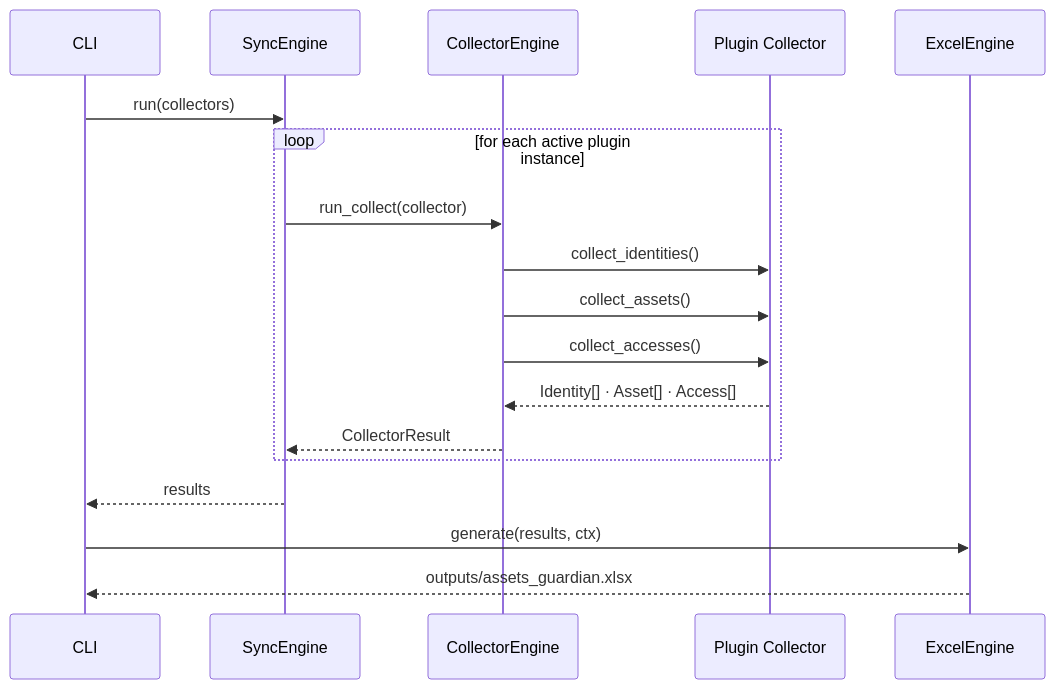
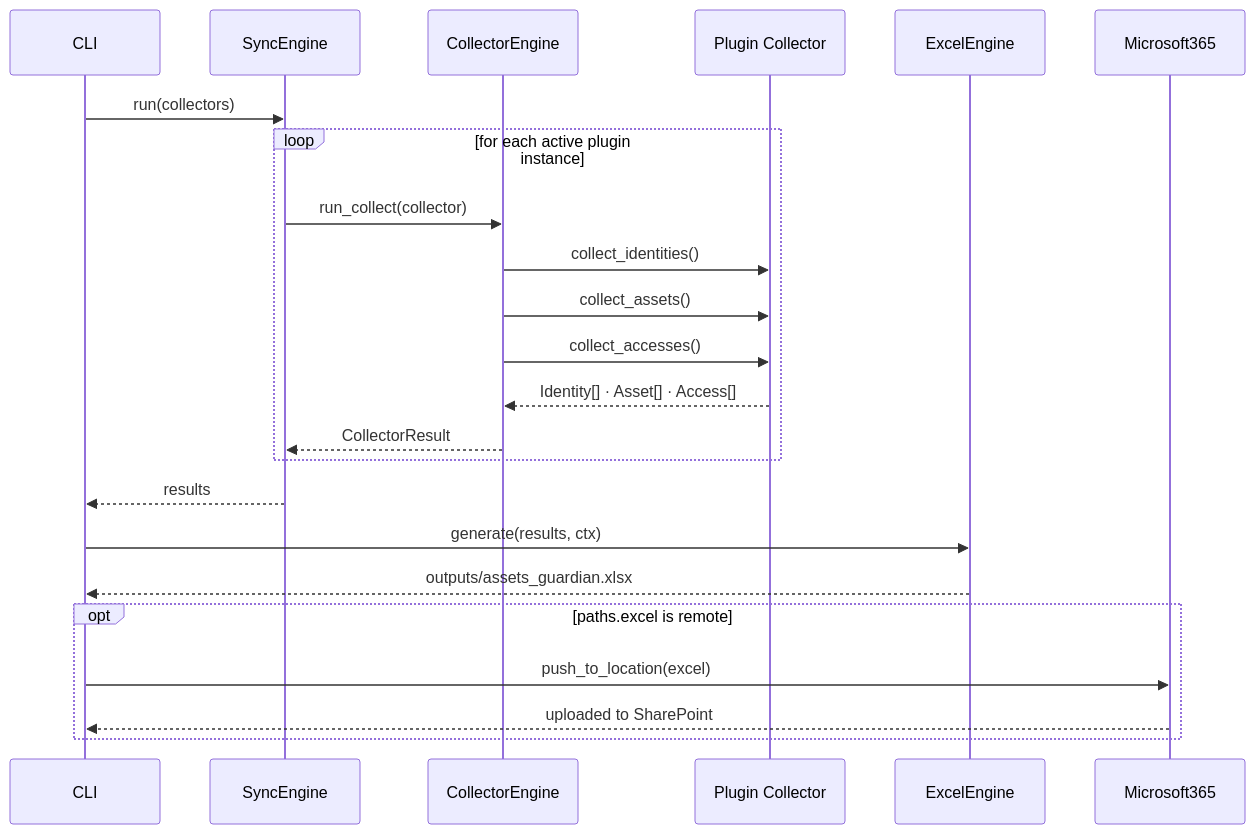
Before and after one commit to Kyonew/assets-guardian: the third of 6 diagrams in docs/markdown/ARCHITECTURE.md, drawn with Mermaid. The commit also changed other lines of this file and 89 other files, not shown here.

````diff
--- a/docs/markdown/ARCHITECTURE.md
+++ b/docs/markdown/ARCHITECTURE.md
@@ -91,24 +104,30 @@
 ```mermaid
 sequenceDiagram
     participant CLI
     participant SyncEngine
     participant CollectorEngine
     participant Plugin as Plugin Collector
     participant ExcelEngine
+    participant Microsoft365
 
     CLI->>SyncEngine: run(collectors)
 
     loop for each active plugin instance
         SyncEngine->>CollectorEngine: run_collect(collector)
         CollectorEngine->>Plugin: collect_identities()
         CollectorEngine->>Plugin: collect_assets()
         CollectorEngine->>Plugin: collect_accesses()
         Plugin-->>CollectorEngine: Identity[] · Asset[] · Access[]
         CollectorEngine-->>SyncEngine: CollectorResult
     end
 
     SyncEngine-->>CLI: results
 
     CLI->>ExcelEngine: generate(results, ctx)
     ExcelEngine-->>CLI: outputs/assets_guardian.xlsx
+
+    opt paths.excel is remote
+        CLI->>Microsoft365: push_to_location(excel)
+        Microsoft365-->>CLI: uploaded to SharePoint
+    end
 ```
````
